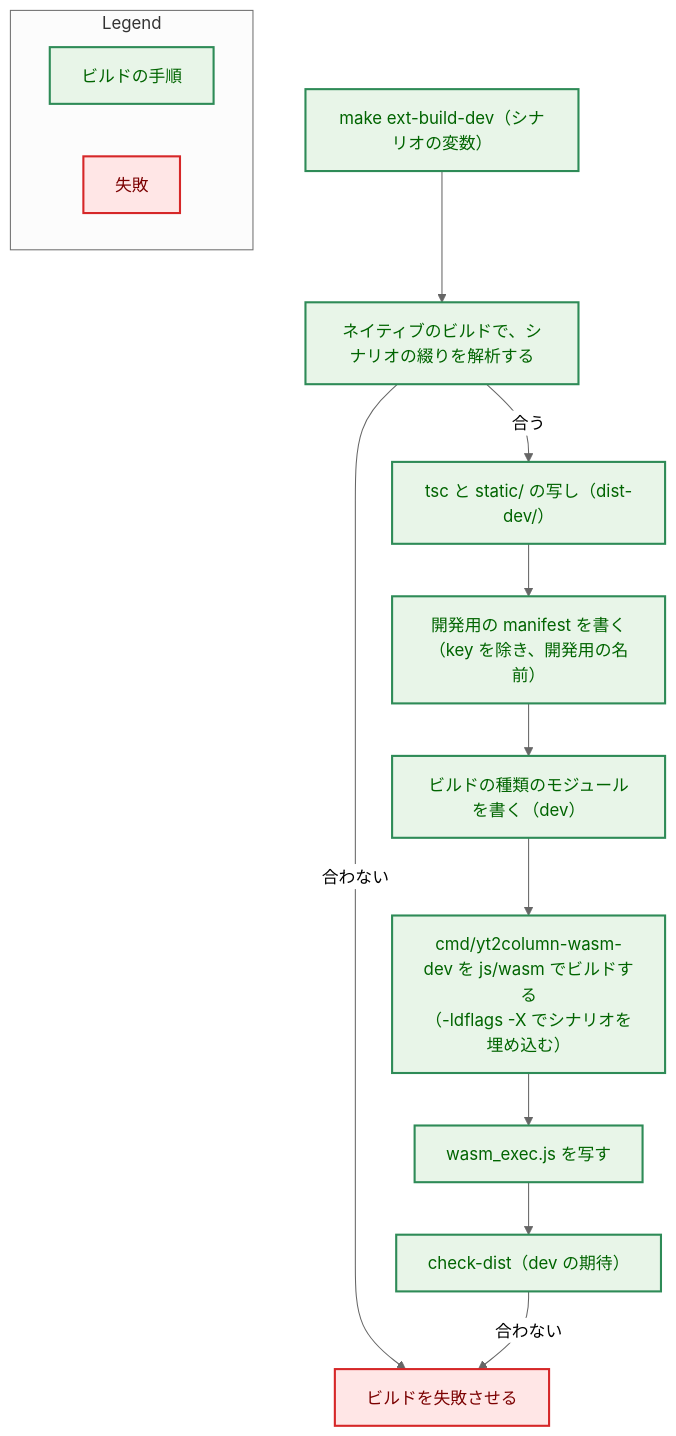
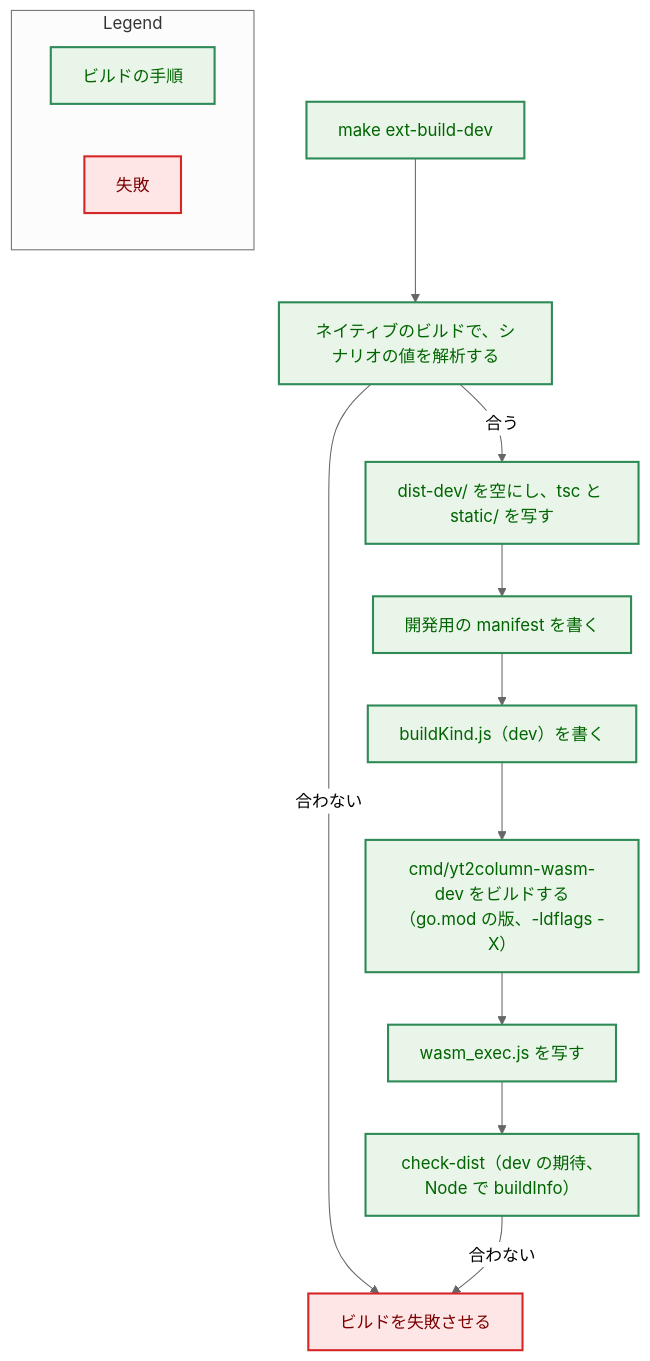
The eighth of 8 diagrams in docs/tasks/0091_extension_only_migration/02_architecture.md (isseis/yt2column), drawn with Mermaid (neutral theme) before and after one commit. The commit also changed other lines of this file and 8 other files, not shown here.

First line of the commit message:
docs(0091): apply the architecture and prose review fixes

````diff
--- a/docs/tasks/0091_extension_only_migration/02_architecture.md
+++ b/docs/tasks/0091_extension_only_migration/02_architecture.md
@@ -772,31 +922,31 @@
 ```mermaid
 flowchart TD
     classDef enhanced fill:#e8f5e8,stroke:#2e8b57,stroke-width:2px,color:#006400;
     classDef problem fill:#ffe6e6,stroke:#d62728,stroke-width:2px,color:#7b0000;
 
-    S1["make ext-build-dev（シナリオの変数）"]
-    S2["ネイティブのビルドで、シナリオの綴りを解析する"]
-    S3["tsc と static/ の写し（dist-dev/）"]
-    S4["開発用の manifest を書く（key を除き、開発用の名前）"]
-    S5["ビルドの種類のモジュールを書く（dev）"]
-    S6["cmd/yt2column-wasm-dev を js/wasm でビルドする<br>（-ldflags -X でシナリオを埋め込む）"]
+    S1["make ext-build-dev"]
+    S2["ネイティブのビルドで、シナリオの値を解析する"]
+    S3["dist-dev/ を空にし、tsc と static/ を写す"]
+    S4["開発用の manifest を書く"]
+    S5["buildKind.js（dev）を書く"]
+    S6["cmd/yt2column-wasm-dev をビルドする<br>（go.mod の版、-ldflags -X）"]
     S7["wasm_exec.js を写す"]
-    S8["check-dist（dev の期待）"]
+    S8["check-dist（dev の期待、Node で buildInfo）"]
     FAIL["ビルドを失敗させる"]
 
     S1 --> S2
     S2 -->|"合う"| S3
     S2 -->|"合わない"| FAIL
     S3 --> S4 --> S5 --> S6 --> S7 --> S8
     S8 -->|"合わない"| FAIL
 
     class S1,S2,S3,S4,S5,S6,S7,S8 enhanced
     class FAIL problem
 
     subgraph Legend["Legend"]
         L1["ビルドの手順"]
         L2["失敗"]
     end
     class L1 enhanced
     class L2 problem
 ```
````
